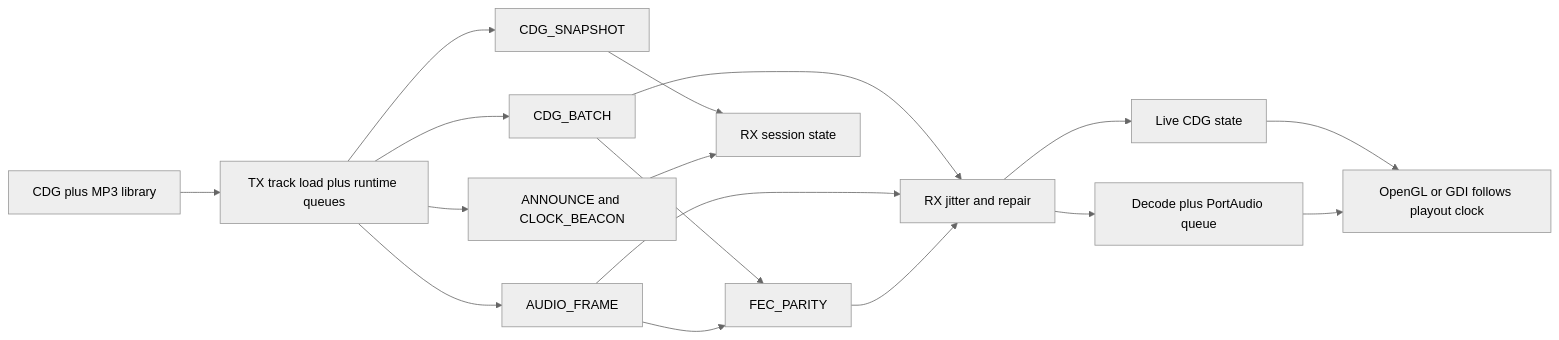
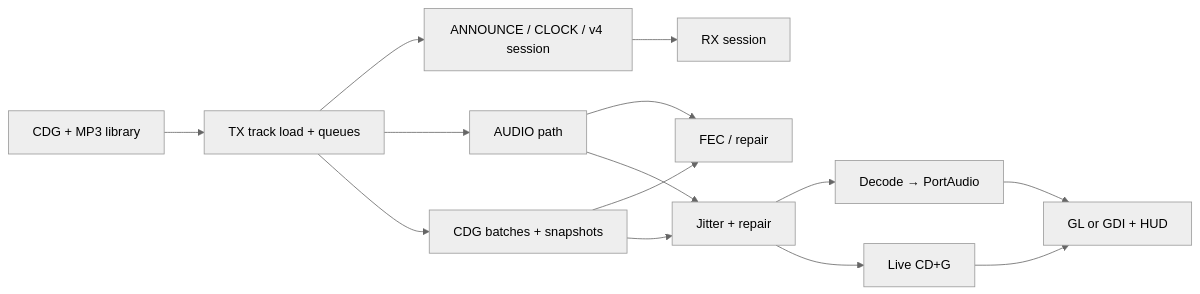
Before and after one commit to andrew867/dashcdg: the diagram in README.md, drawn with Mermaid (neutral theme). The commit also changed other lines of this file and 9 other files, not shown here.

First line of the commit message:
docs: refresh navigation, root README, and TX audio architecture notes

````diff
--- a/README.md
+++ b/README.md
@@ -184,19 +166,16 @@
 ```mermaid
 flowchart LR
-  src[CDG plus MP3 library] --> txprep[TX track load plus runtime queues]
-  txprep --> ann[ANNOUNCE and CLOCK_BEACON]
-  txprep --> ach[AUDIO_FRAME]
-  txprep --> cb[CDG_BATCH]
-  txprep --> snap[CDG_SNAPSHOT]
-  ach --> fec[FEC_PARITY]
+  src[CDG + MP3 library] --> txprep[TX track load + queues]
+  txprep --> ann[ANNOUNCE / CLOCK / v4 session]
+  txprep --> ach[AUDIO path]
+  txprep --> cb[CDG batches + snapshots]
+  ach --> fec[FEC / repair]
   cb --> fec
-  ann --> rxstate[RX session state]
-  snap --> rxstate
-  fec --> rxjit[RX jitter and repair]
-  ach --> rxjit
+  ann --> rxstate[RX session]
+  ach --> rxjit[Jitter + repair]
   cb --> rxjit
-  rxjit --> rxaud[Decode plus PortAudio queue]
-  rxjit --> rxcdg[Live CDG state]
-  rxaud --> render[OpenGL or GDI follows playout clock]
+  rxjit --> rxaud[Decode → PortAudio]
+  rxjit --> rxcdg[Live CD+G]
+  rxaud --> render[GL or GDI + HUD]
   rxcdg --> render
 ```
````
